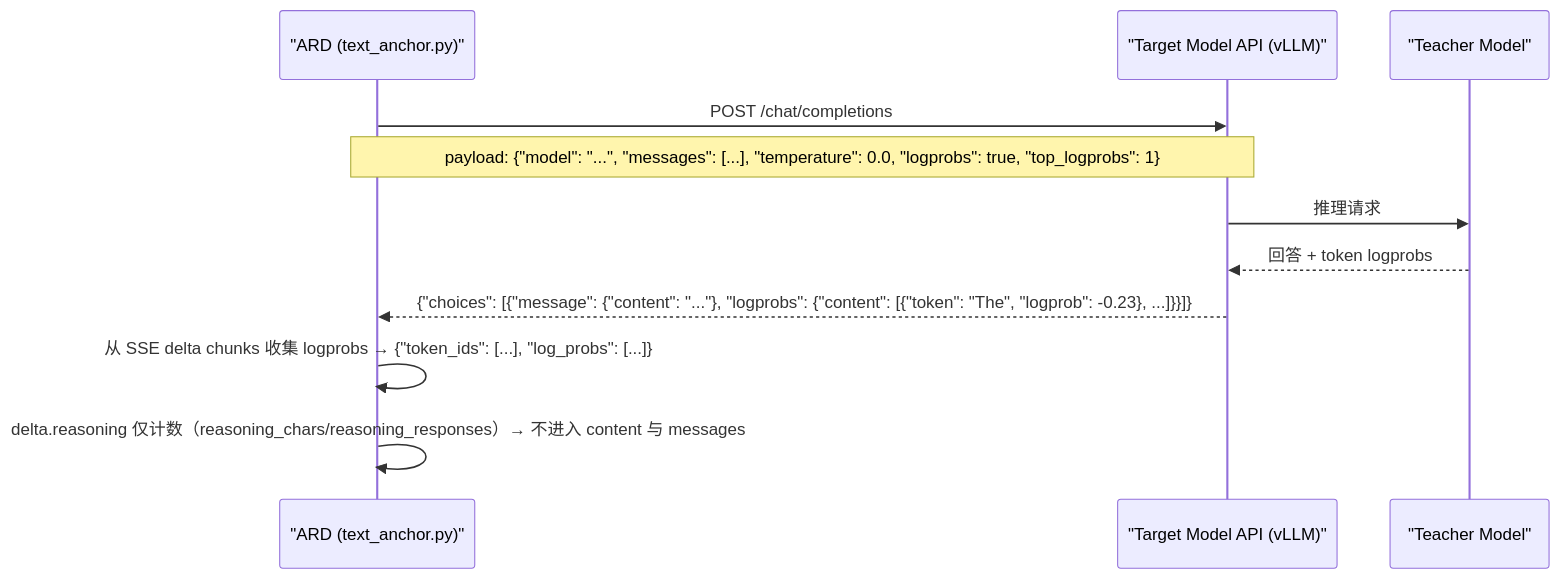
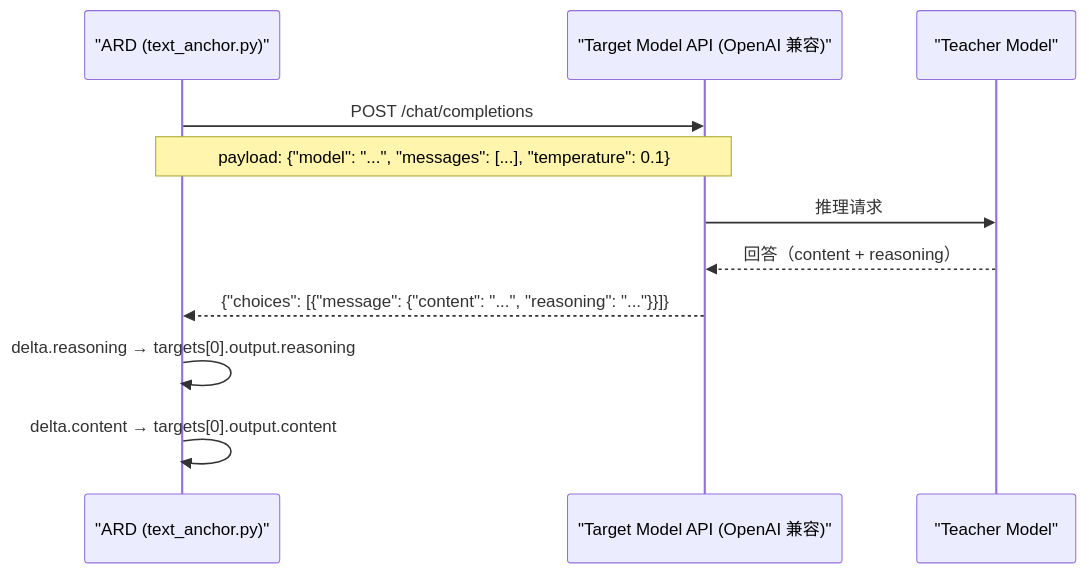
The fourth of 7 diagrams in docs/architecture.md (godthrone/anchor-replay-distillation), drawn with Mermaid before and after one commit. The commit also changed other lines of this file and 6 other files, not shown here.

First line of the commit message:
docs: align READMEs, architecture, examples and compliance notes with v3.0.0

````diff
--- a/docs/architecture.md
+++ b/docs/architecture.md
@@ -366,17 +415,14 @@
 ```mermaid
 sequenceDiagram
     participant ARD as "ARD (text_anchor.py)"
-    participant API as "Target Model API (vLLM)"
+    participant API as "Target Model API (OpenAI 兼容)"
     participant Model as "Teacher Model"
 
     ARD->>API: POST /chat/completions
-    Note over ARD,API: payload: {"model": "...", "messages": [...], "temperature": 0.0, "logprobs": true, "top_logprobs": 1}
-
+    Note over ARD,API: payload: {"model": "...", "messages": [...], "temperature": 0.1}
     API->>Model: 推理请求
-    Model-->>API: 回答 + token logprobs
-
-    API-->>ARD: {"choices": [{"message": {"content": "..."}, "logprobs": {"content": [{"token": "The", "logprob": -0.23}, ...]}}]}
-
-    ARD->>ARD: 从 SSE delta chunks 收集 logprobs → {"token_ids": [...], "log_probs": [...]}
-    ARD->>ARD: delta.reasoning 仅计数（reasoning_chars/reasoning_responses）→ 不进入 content 与 messages
+    Model-->>API: 回答（content + reasoning）
+    API-->>ARD: {"choices": [{"message": {"content": "...", "reasoning": "..."}}]}
+    ARD->>ARD: delta.reasoning → targets[0].output.reasoning
+    ARD->>ARD: delta.content → targets[0].output.content
 ```
````
